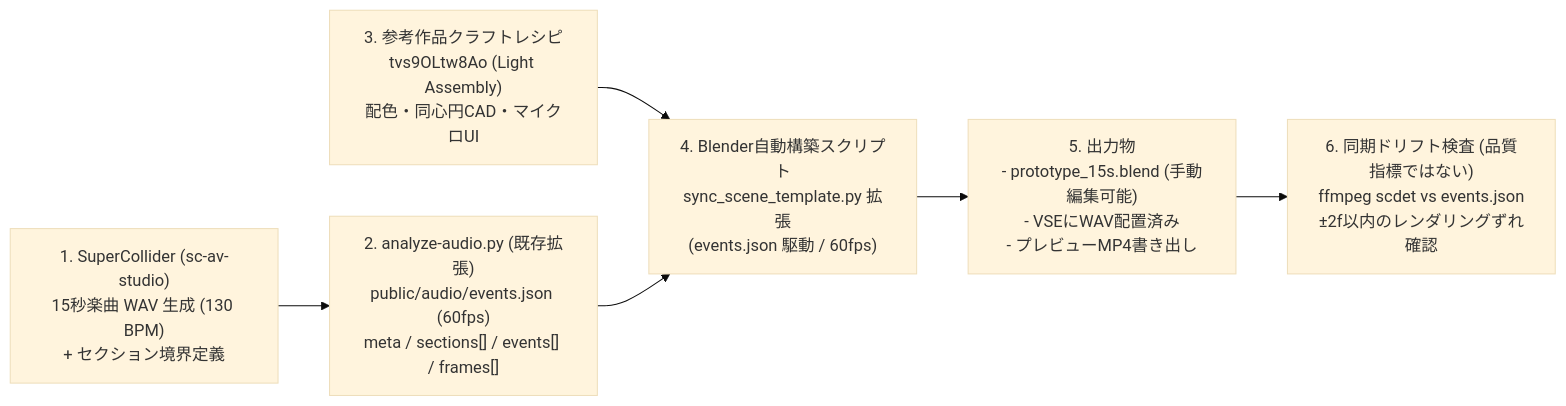
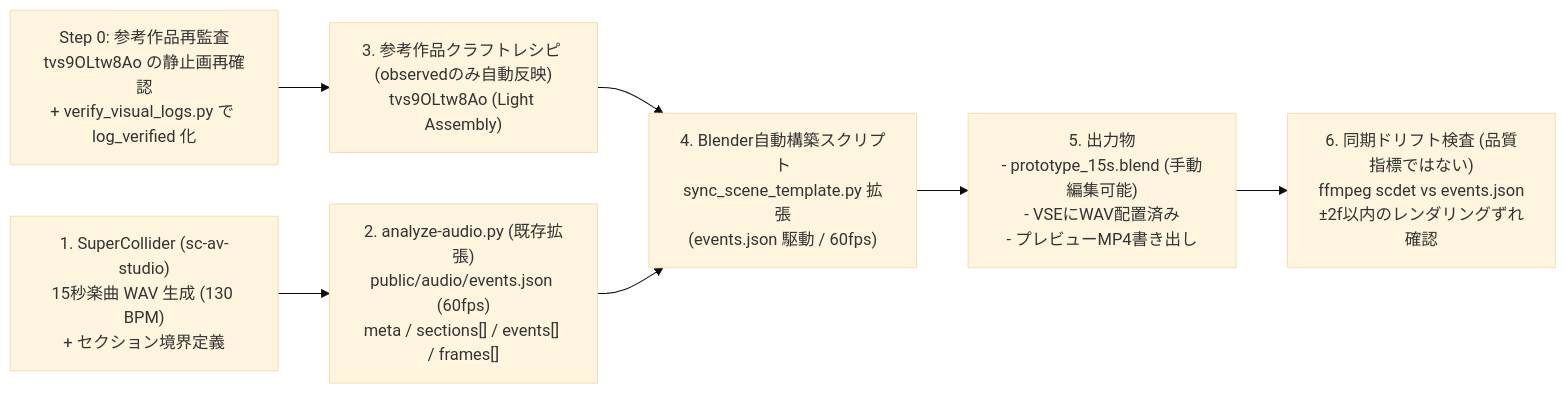
One commit to aseaseproduction-a11y/iketeru-eizou changed the diagram in docs/PROTOTYPE_15S_AV_PLAN.md. Above: the diagram before and after it, drawn with Mermaid (base theme). The commit also changed other lines of this file and 16 other files, not shown here.

````diff
--- a/docs/PROTOTYPE_15S_AV_PLAN.md
+++ b/docs/PROTOTYPE_15S_AV_PLAN.md
@@ -25,8 +30,9 @@
 ```mermaid
 flowchart LR
+  S0["Step 0: 参考作品再監査\ntvs9OLtw8Ao の静止画再確認\n+ verify_visual_logs.py で log_verified 化"] --> C
   A["1. SuperCollider (sc-av-studio)\n15秒楽曲 WAV 生成 (130 BPM)\n+ セクション境界定義"] --> B["2. analyze-audio.py (既存拡張)\npublic/audio/events.json (60fps)\nmeta / sections[] / events[] / frames[]"]
-  C["3. 参考作品クラフトレシピ\ntvs9OLtw8Ao (Light Assembly)\n配色・同心円CAD・マイクロUI"] --> D["4. Blender自動構築スクリプト\nsync_scene_template.py 拡張\n(events.json 駆動 / 60fps)"]
+  C["3. 参考作品クラフトレシピ (observedのみ自動反映)\ntvs9OLtw8Ao (Light Assembly)"] --> D["4. Blender自動構築スクリプト\nsync_scene_template.py 拡張\n(events.json 駆動 / 60fps)"]
   B --> D
   D --> E["5. 出力物\n- prototype_15s.blend (手動編集可能)\n- VSEにWAV配置済み\n- プレビューMP4書き出し"]
   E --> F["6. 同期ドリフト検査 (品質指標ではない)\nffmpeg scdet vs events.json\n±2f以内のレンダリングずれ確認"]
 ```
````
